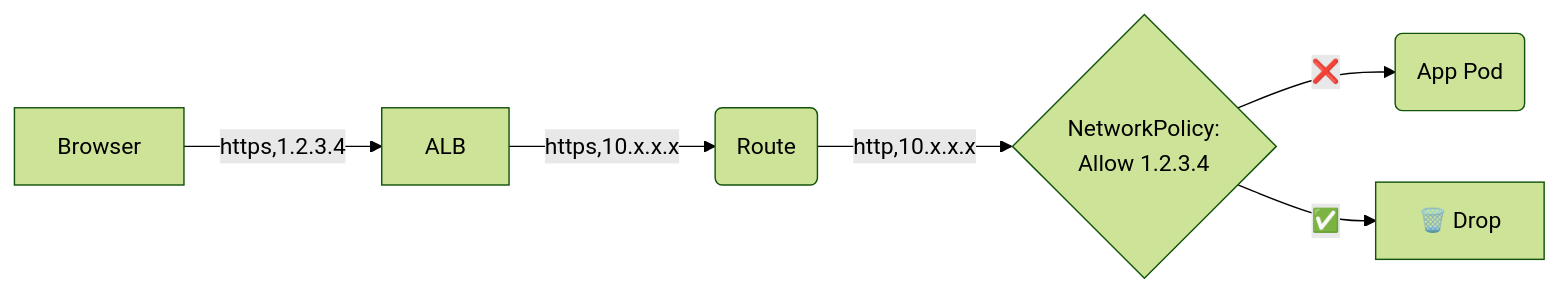
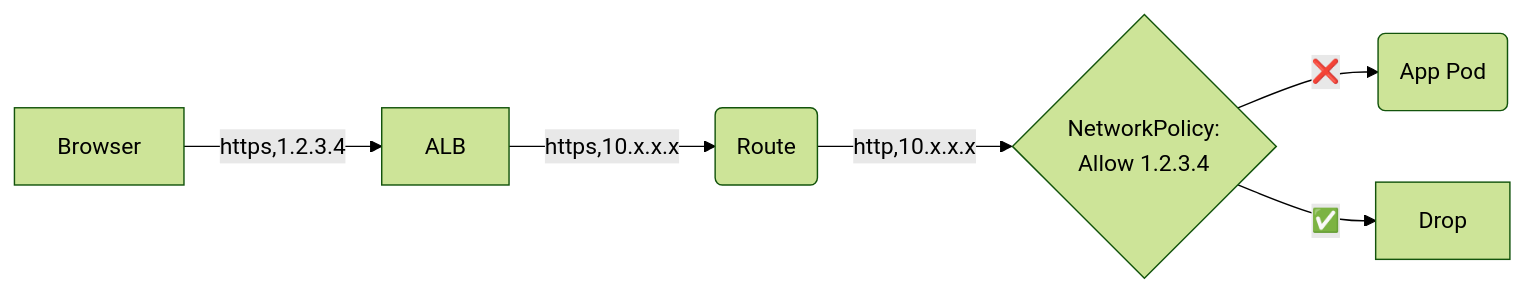
One commit to spruceki/ibm-openshift-allowlisting changed the diagram in doc/overview_alb.mmd. Above: the diagram before and after it, drawn with Mermaid (forest theme). The commit also changed 1 other file, not shown here.

```diff
--- a/doc/overview_alb.mmd
+++ b/doc/overview_alb.mmd
@@ -1,6 +1,6 @@
 flowchart LR
     A[Browser] -->|https,1.2.3.4| B[ALB]
     B --> |https,10.x.x.x|C(Route)
     C --> |http,10.x.x.x|P{NetworkPolicy: <br />Allow 1.2.3.4}
     P -->|❌|D(App Pod)
-    P --> |✅|E[🗑️ Drop]
+    P --> |✅|E[️Drop]
```
